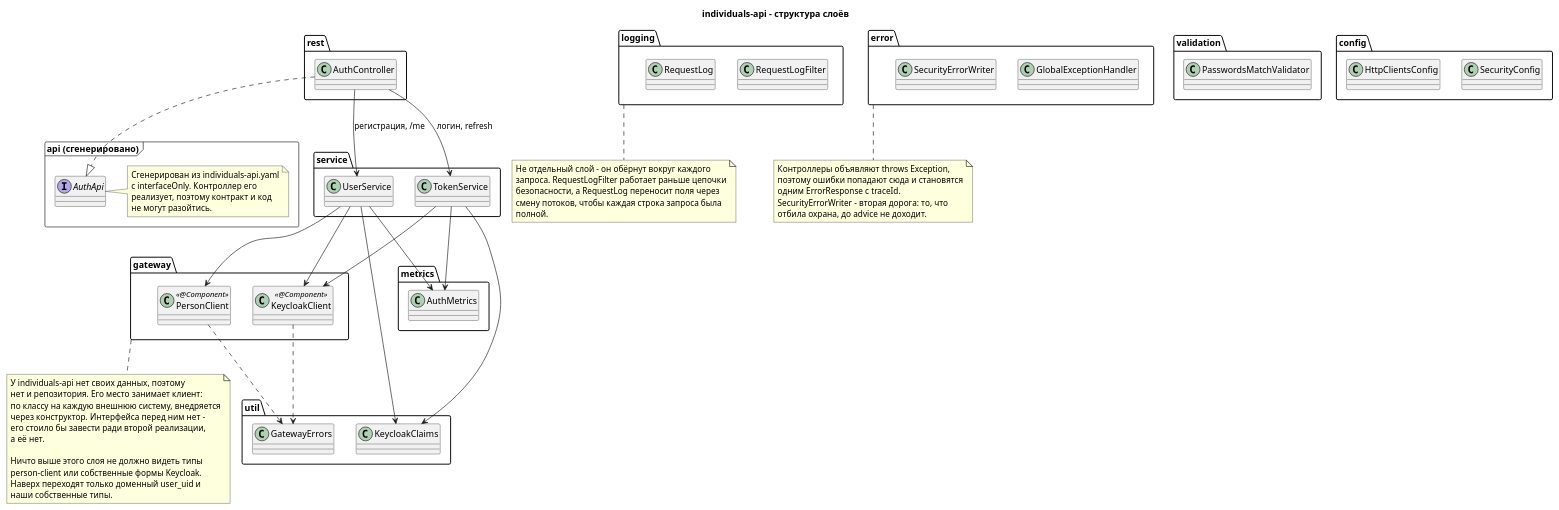
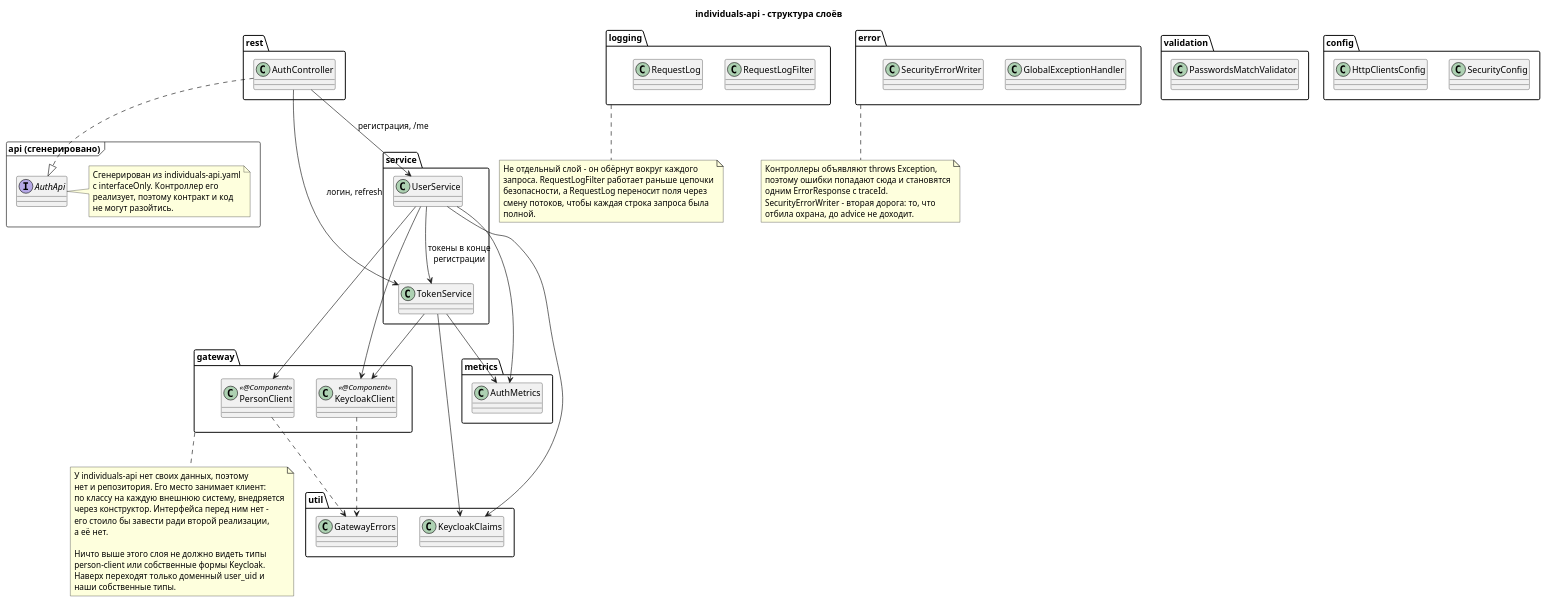
Before and after one commit to dezxxx/payment-platform: the diagram in docs/puml-ru/layers.puml, drawn with PlantUML. The commit also changed 21 other files, not shown here.

First line of the commit message:
feat: name every scenario step as a span and issue tokens through TokenService

```diff
--- a/docs/puml-ru/layers.puml
+++ b/docs/puml-ru/layers.puml
@@ -1,105 +1,106 @@
 @startuml layers
 title individuals-api - структура слоёв
 
 skinparam shadowing false
 skinparam classAttributeIconSize 0
 
 package "api (сгенерировано)" <<Frame>> {
   interface AuthApi
   note right of AuthApi
     Сгенерирован из individuals-api.yaml
     с interfaceOnly. Контроллер его
     реализует, поэтому контракт и код
     не могут разойтись.
   end note
 }
 
 package rest {
   class AuthController
 }
 
 package service {
   class UserService
   class TokenService
 }
 
 package gateway {
   class PersonClient <<@Component>>
   class KeycloakClient <<@Component>>
 }
 
 package validation {
   class PasswordsMatchValidator
 }
 
 package error {
   class GlobalExceptionHandler
   class SecurityErrorWriter
 }
 
 package logging {
   class RequestLogFilter
   class RequestLog
 }
 
 package config {
   class SecurityConfig
   class HttpClientsConfig
 }
 
 package util {
   class KeycloakClaims
   class GatewayErrors
 }
 
 package metrics {
   class AuthMetrics
 }
 
 AuthController ..|> AuthApi
 AuthController --> UserService : регистрация, /me
 AuthController --> TokenService : логин, refresh
 
 UserService --> PersonClient
 UserService --> KeycloakClient
+UserService --> TokenService : токены в конце\nрегистрации
 TokenService --> KeycloakClient
 
 UserService --> AuthMetrics
 TokenService --> AuthMetrics
 UserService --> KeycloakClaims
 TokenService --> KeycloakClaims
 
 PersonClient ..> GatewayErrors
 KeycloakClient ..> GatewayErrors
 
 note bottom of gateway
   У individuals-api нет своих данных, поэтому
   нет и репозитория. Его место занимает клиент:
   по классу на каждую внешнюю систему, внедряется
   через конструктор. Интерфейса перед ним нет -
   его стоило бы завести ради второй реализации,
   а её нет.
 
   Ничто выше этого слоя не должно видеть типы
   person-client или собственные формы Keycloak.
   Наверх переходят только доменный user_uid и
   наши собственные типы.
 end note
 
 note bottom of logging
   Не отдельный слой - он обёрнут вокруг каждого
   запроса. RequestLogFilter работает раньше цепочки
   безопасности, а RequestLog переносит поля через
   смену потоков, чтобы каждая строка запроса была
   полной.
 end note
 
 note bottom of error
   Контроллеры объявляют throws Exception,
   поэтому ошибки попадают сюда и становятся
   одним ErrorResponse с traceId.
   SecurityErrorWriter - вторая дорога: то, что
   отбила охрана, до advice не доходит.
 end note
 
 @enduml
```
